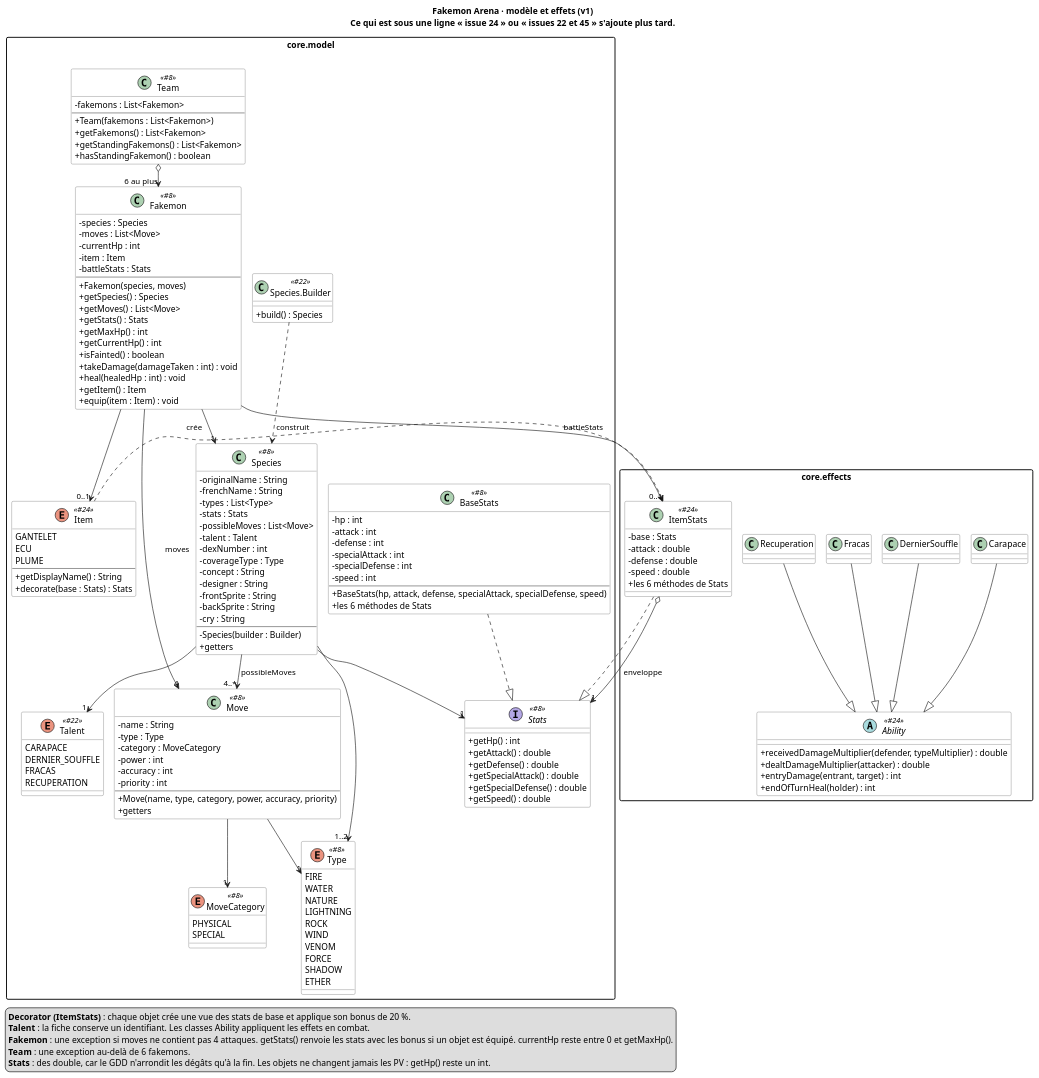
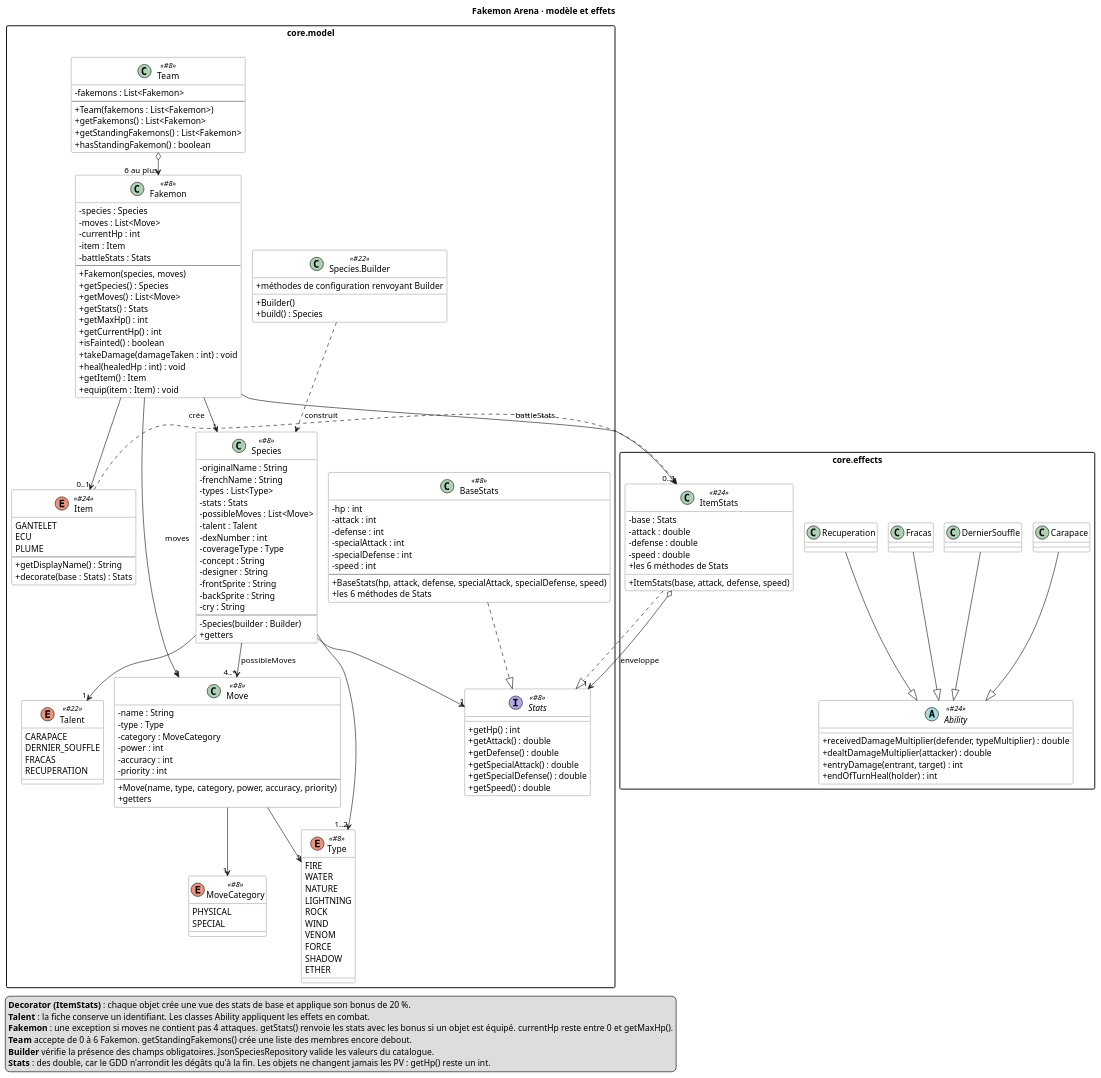
The diagram in docs/uml/classes-modele.puml (OnerAliCan/fakemon-arena), drawn with PlantUML before and after one commit. The commit also changed 30 other files, not shown here.

First line of the commit message:
docs: complète la Javadoc du cœur et actualise les UML (#25) (#70)

```diff
--- a/docs/uml/classes-modele.puml
+++ b/docs/uml/classes-modele.puml
@@ -1,184 +1,188 @@
 @startuml classes-modele
 !pragma layout smetana
 skinparam dpi 110
 set separator none
 skinparam shadowing false
 skinparam classAttributeIconSize 0
 skinparam defaultFontName "Segoe UI"
 skinparam packageStyle rectangle
 skinparam noteBackgroundColor #FFF8DC
 skinparam classBackgroundColor #FFFFFF
 skinparam classBorderColor #555555
-title Fakemon Arena · modèle et effets (v1)\nCe qui est sous une ligne « issue 24 » ou « issues 22 et 45 » s'ajoute plus tard.
+title Fakemon Arena · modèle et effets
 
 package "core.model" {
   enum Type <<#8>> {
     FIRE
     WATER
     NATURE
     LIGHTNING
     ROCK
     WIND
     VENOM
     FORCE
     SHADOW
     ETHER
   }
 
   enum MoveCategory <<#8>> {
     PHYSICAL
     SPECIAL
   }
 
   class Move <<#8>> {
     - name : String
     - type : Type
     - category : MoveCategory
     - power : int
     - accuracy : int
     - priority : int
     --
     + Move(name, type, category, power, accuracy, priority)
     + getters
   }
 
   interface Stats <<#8>> {
     + getHp() : int
     + getAttack() : double
     + getDefense() : double
     + getSpecialAttack() : double
     + getSpecialDefense() : double
     + getSpeed() : double
   }
 
   class BaseStats <<#8>> {
     - hp : int
     - attack : int
     - defense : int
     - specialAttack : int
     - specialDefense : int
     - speed : int
     --
     + BaseStats(hp, attack, defense, specialAttack, specialDefense, speed)
     + les 6 méthodes de Stats
   }
 
   class Species <<#8>> {
     - originalName : String
     - frenchName : String
     - types : List<Type>
     - stats : Stats
     - possibleMoves : List<Move>
     - talent : Talent
     - dexNumber : int
     - coverageType : Type
     - concept : String
     - designer : String
     - frontSprite : String
     - backSprite : String
     - cry : String
     --
     - Species(builder : Builder)
     + getters
   }
 
   class "Species.Builder" as SpeciesBuilder <<#22>> {
+    + Builder()
+    + méthodes de configuration renvoyant Builder
     + build() : Species
   }
 
   class Fakemon <<#8>> {
     - species : Species
     - moves : List<Move>
     - currentHp : int
     - item : Item
     - battleStats : Stats
     --
     + Fakemon(species, moves)
     + getSpecies() : Species
     + getMoves() : List<Move>
     + getStats() : Stats
     + getMaxHp() : int
     + getCurrentHp() : int
     + isFainted() : boolean
     + takeDamage(damageTaken : int) : void
     + heal(healedHp : int) : void
     + getItem() : Item
     + equip(item : Item) : void
   }
 
   class Team <<#8>> {
     - fakemons : List<Fakemon>
     --
     + Team(fakemons : List<Fakemon>)
     + getFakemons() : List<Fakemon>
     + getStandingFakemons() : List<Fakemon>
     + hasStandingFakemon() : boolean
   }
 
   enum Item <<#24>> {
     GANTELET
     ECU
     PLUME
     --
     + getDisplayName() : String
     + decorate(base : Stats) : Stats
   }
 
   enum Talent <<#22>> {
     CARAPACE
     DERNIER_SOUFFLE
     FRACAS
     RECUPERATION
   }
 }
 
 package "core.effects" {
   class ItemStats <<#24>> {
     - base : Stats
     - attack : double
     - defense : double
     - speed : double
+    + ItemStats(base, attack, defense, speed)
     + les 6 méthodes de Stats
   }
   abstract class Ability <<#24>> {
     + receivedDamageMultiplier(defender, typeMultiplier) : double
     + dealtDamageMultiplier(attacker) : double
     + entryDamage(entrant, target) : int
     + endOfTurnHeal(holder) : int
   }
   class Carapace
   class DernierSouffle
   class Fracas
   class Recuperation
 }
 
 BaseStats ..|> Stats
 ItemStats ..|> Stats
 ItemStats o--> "1" Stats : enveloppe
 Item ..> ItemStats : crée
 Carapace --|> Ability
 DernierSouffle --|> Ability
 Fracas --|> Ability
 Recuperation --|> Ability
 
 SpeciesBuilder ..> Species : construit
 Species --> "1" Stats
 Species --> "1..2" Type
 Species --> "4..*" Move : possibleMoves
 Species --> "1" Talent
 Fakemon --> "1" Species
 Fakemon --> "4" Move : moves
 Fakemon --> "0..1" Item
 Fakemon --> "0..1" ItemStats : battleStats
 Team o--> "6 au plus" Fakemon
 Move --> "1" Type
 Move --> "1" MoveCategory
 
 legend bottom left
   <b>Decorator (ItemStats)</b> : chaque objet crée une vue des stats de base et applique son bonus de 20 %.
   <b>Talent</b> : la fiche conserve un identifiant. Les classes Ability appliquent les effets en combat.
   <b>Fakemon</b> : une exception si moves ne contient pas 4 attaques. getStats() renvoie les stats avec les bonus si un objet est équipé. currentHp reste entre 0 et getMaxHp().
-  <b>Team</b> : une exception au-delà de 6 fakemons.
+  <b>Team</b> accepte de 0 à 6 Fakemon. getStandingFakemons() crée une liste des membres encore debout.
+  <b>Builder</b> vérifie la présence des champs obligatoires. JsonSpeciesRepository valide les valeurs du catalogue.
   <b>Stats</b> : des double, car le GDD n'arrondit les dégâts qu'à la fin. Les objets ne changent jamais les PV : getHp() reste un int.
 endlegend
 @enduml
```
